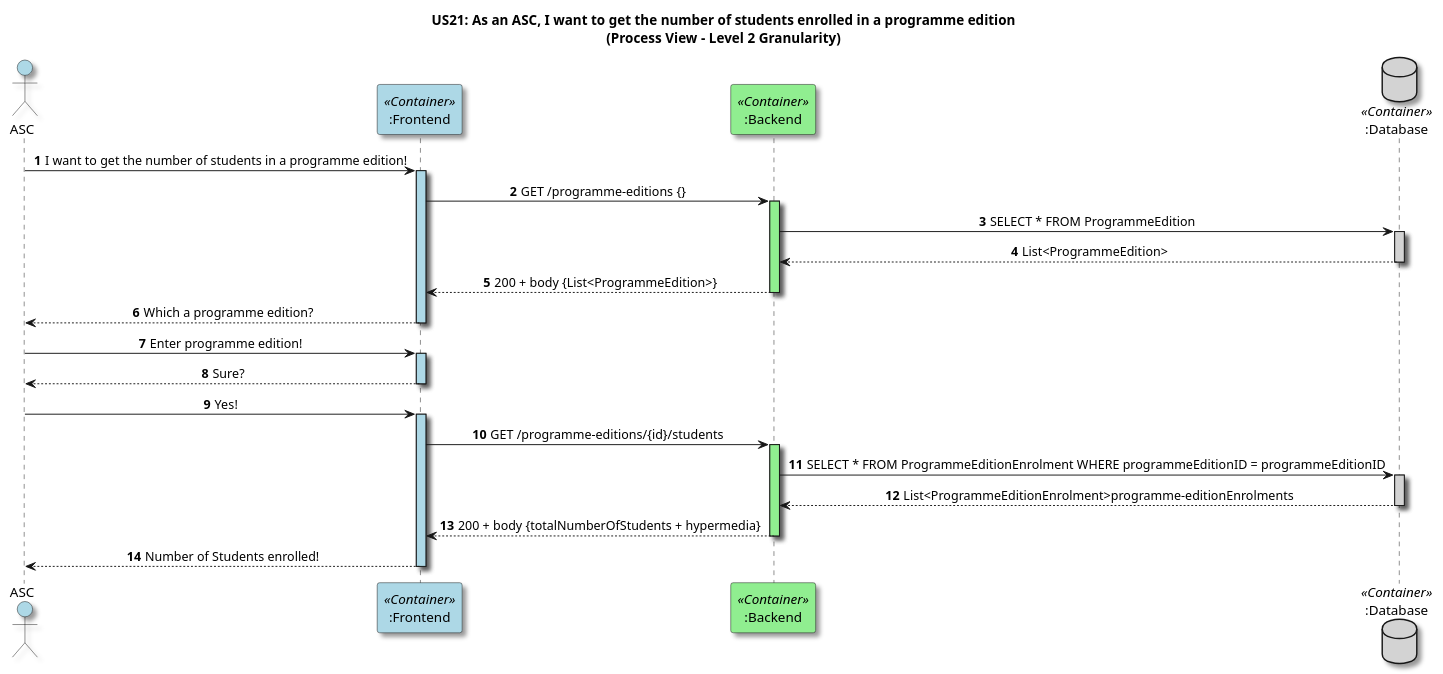
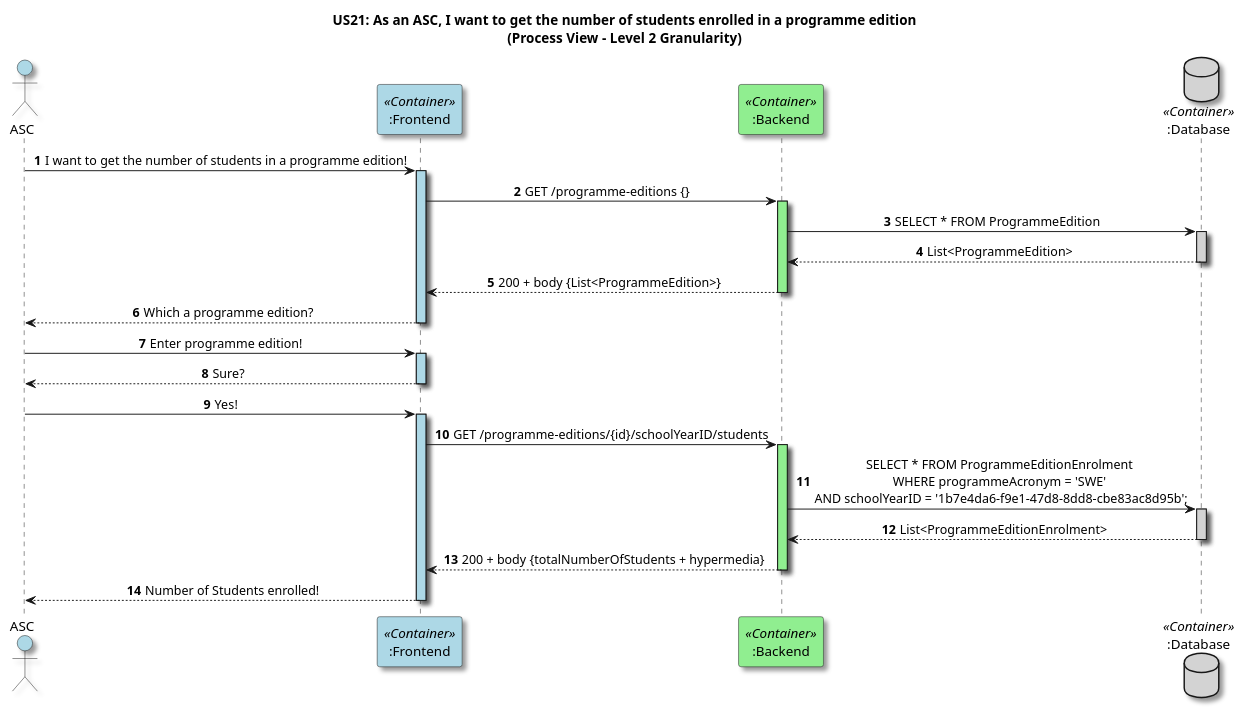
The diagram in docs/US21/Sprint7/ProcessView/Level2Granularity.puml (GasparISEP/DevOps-PAI), drawn with PlantUML before and after one commit.

Commit message:
feat(diagrams): refactor Level 2 Process View for retrieving number of students enrolled in a programme edition (#666 #672)

```diff
--- a/docs/US21/Sprint7/ProcessView/Level2Granularity.puml
+++ b/docs/US21/Sprint7/ProcessView/Level2Granularity.puml
@@ -1,57 +1,58 @@
 @startuml
 
 title US21: As an ASC, I want to get the number of students enrolled in a programme edition\n(Process View - Level 2 Granularity)
 
 autonumber
 
 skinparam defaultTextAlignment center
 skinparam shadowing true
 
 actor ASC #lightblue
 participant ":Frontend" as FE <<Container>> #lightblue
 participant ":Backend" as BE <<Container>> #LightGreen
 database ":Database" as DB <<Container>> #LightGray
 
 ASC -> FE: I want to get the number of students in a programme edition!
 activate FE #LightBlue
 
 FE -> BE: GET /programme-editions {}
 activate BE #LightGreen
 
 BE -> DB: SELECT * FROM ProgrammeEdition
 activate DB #LightGray
 
 DB --> BE: List<ProgrammeEdition>
 deactivate DB
 
 BE --> FE: 200 + body {List<ProgrammeEdition>}
 deactivate BE
 
 FE --> ASC: Which a programme edition?
 deactivate FE
 
 ASC -> FE: Enter programme edition!
 activate FE #LightBlue
 
 FE --> ASC: Sure?
 deactivate FE
 
 ASC -> FE: Yes!
 activate FE #LightBlue
 
-FE -> BE: GET /programme-editions/{id}/students
+FE -> BE: GET /programme-editions/{id}/schoolYearID/students
 activate BE #LightGreen
 
-BE -> DB: SELECT * FROM ProgrammeEditionEnrolment WHERE programmeEditionID = programmeEditionID
+BE -> DB: SELECT * FROM ProgrammeEditionEnrolment \nWHERE programmeAcronym = 'SWE' \nAND schoolYearID = '1b7e4da6-f9e1-47d8-8dd8-cbe83ac8d95b';
 activate DB #LightGray
 
-DB --> BE: List<ProgrammeEditionEnrolment>programme-editionEnrolments
+DB --> BE: List<ProgrammeEditionEnrolment>
 deactivate DB
+
 
 BE --> FE: 200 + body {totalNumberOfStudents + hypermedia}
 deactivate BE
 
 FE --> ASC: Number of Students enrolled!
 deactivate FE
 
 @enduml
```
